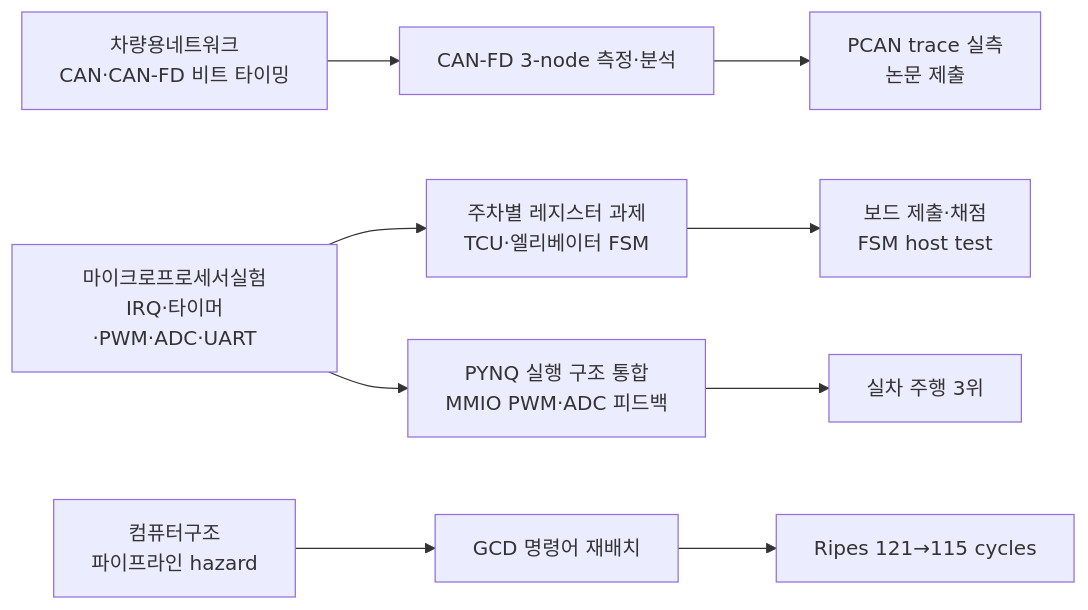
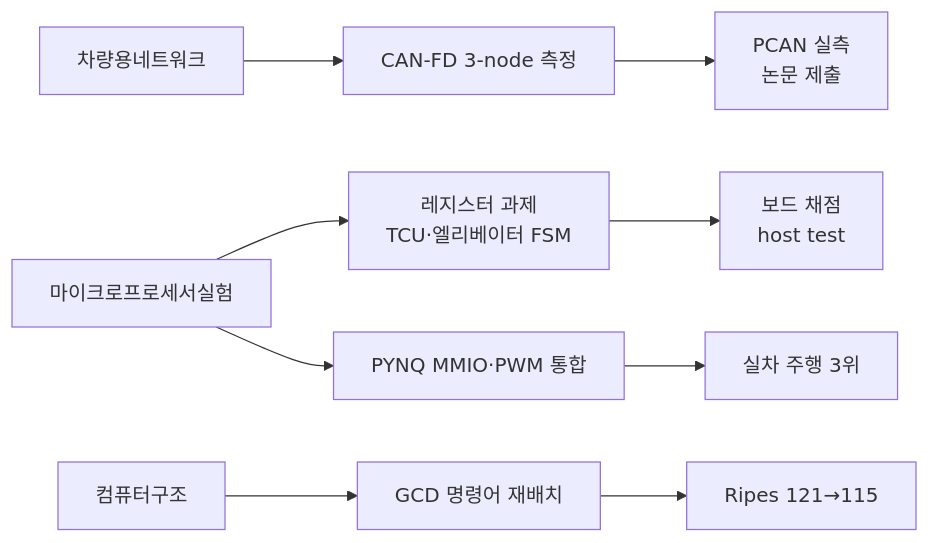
Before and after one commit to choiYhunn/choiYhunn: the diagram in README.md, drawn with Mermaid. The commit also changed 3 other files, not shown here.

````diff
--- a/README.md
+++ b/README.md
@@ -43,7 +43,7 @@
 ```mermaid
 flowchart LR
-    VN["차량용네트워크<br/>CAN·CAN-FD 비트 타이밍"] --> CF["CAN-FD 3-node 측정·분석"] --> CFV["PCAN trace 실측<br/>논문 제출"]
-    ML["마이크로프로세서실험<br/>IRQ·타이머·PWM·ADC·UART"] --> WL["주차별 레지스터 과제<br/>TCU·엘리베이터 FSM"] --> WLV["보드 제출·채점<br/>FSM host test"]
-    ML --> PQ["PYNQ 실행 구조 통합<br/>MMIO PWM·ADC 피드백"] --> PQV["실차 주행 3위"]
-    CA["컴퓨터구조<br/>파이프라인 hazard"] --> RV["GCD 명령어 재배치"] --> RVV["Ripes 121→115 cycles"]
+    VN["차량용네트워크"] --> CF["CAN-FD 3-node 측정"] --> CFV["PCAN 실측<br/>논문 제출"]
+    ML["마이크로프로세서실험"] --> WL["레지스터 과제<br/>TCU·엘리베이터 FSM"] --> WLV["보드 채점<br/>host test"]
+    ML --> PQ["PYNQ MMIO·PWM 통합"] --> PQV["실차 주행 3위"]
+    CA["컴퓨터구조"] --> RV["GCD 명령어 재배치"] --> RVV["Ripes 121→115"]
 ```
````
